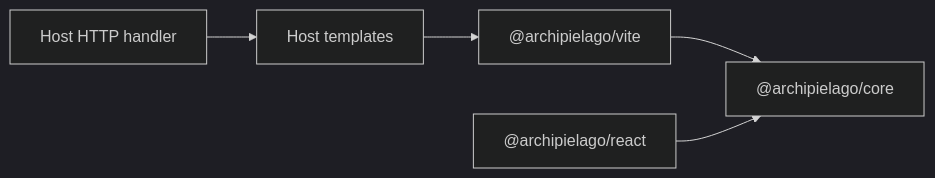
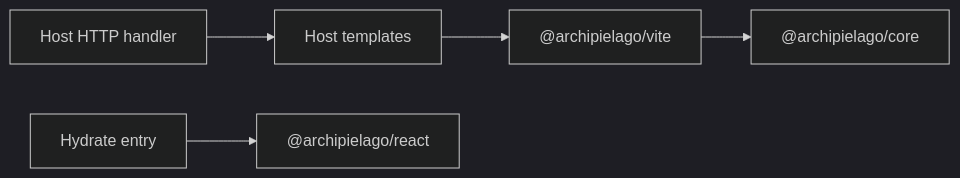
One commit to isaaclfelix/archipielago changed the diagram in docs/archipielago/guide/concepts.md. Above: the diagram before and after it, drawn with Mermaid (dark theme). The commit also changed other lines of this file and 25 other files, not shown here.

````diff
--- a/docs/archipielago/guide/concepts.md
+++ b/docs/archipielago/guide/concepts.md
@@ -74,12 +76,13 @@
 ```mermaid
 flowchart LR
   hostHttp[Host HTTP handler]
   templates[Host templates]
   reactPkg["@archipielago/react"]
   vitePkg["@archipielago/vite"]
   corePkg["@archipielago/core"]
+  hydrateEntry[Hydrate entry]
   hostHttp --> templates
   templates --> vitePkg
   vitePkg --> corePkg
-  reactPkg --> corePkg
+  hydrateEntry --> reactPkg
 ```
````
